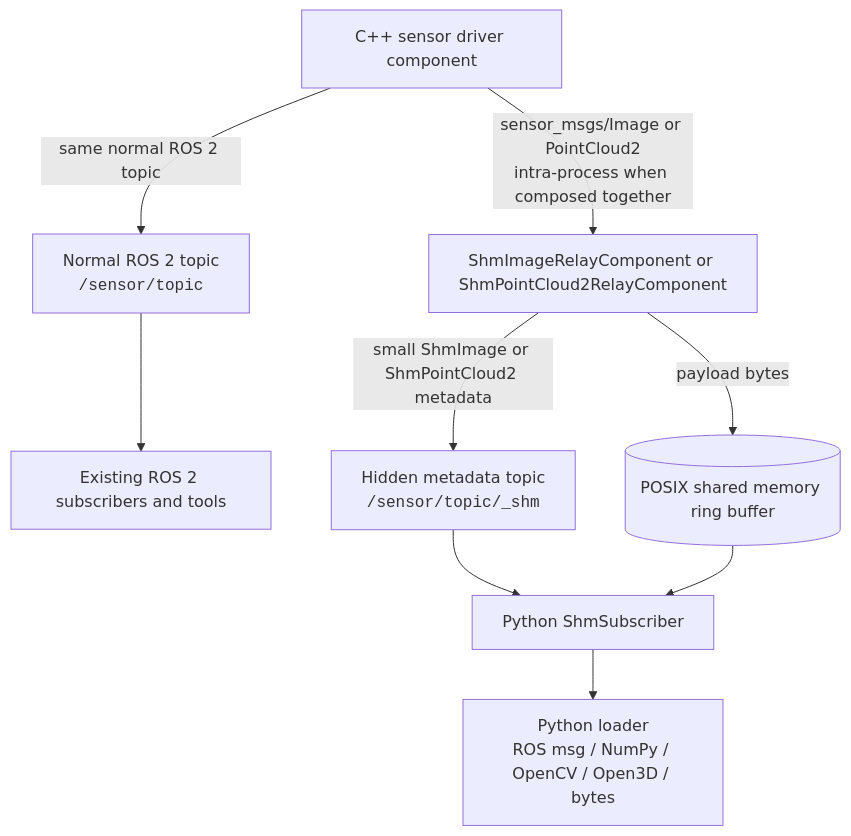
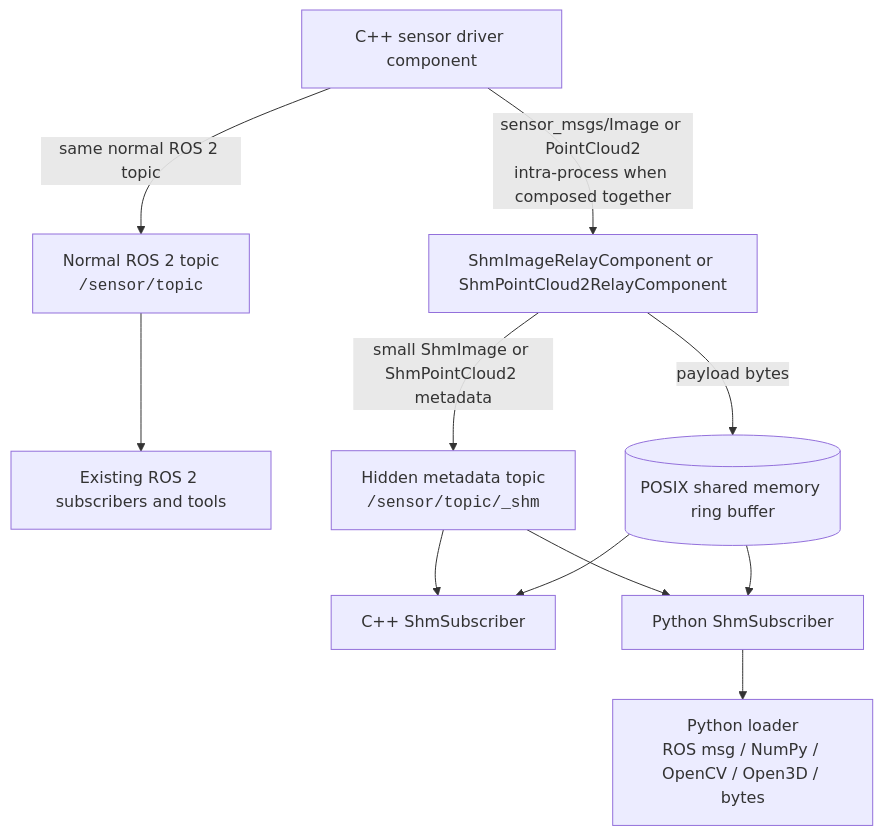
The diagram in README.md (Maik13579/ros2_shm_sensor_transport), drawn with Mermaid before and after one commit. The commit also changed other lines of this file, not shown here.

````diff
--- a/README.md
+++ b/README.md
@@ -47,20 +49,23 @@
 ```mermaid
 flowchart TD
     driver["C++ sensor driver component"]
     normal["Normal ROS 2 topic<br/><code>/sensor/topic</code>"]
     remote["Existing ROS 2 subscribers and tools"]
     relay["ShmImageRelayComponent or ShmPointCloud2RelayComponent"]
     shm[("POSIX shared memory ring buffer")]
     meta["Hidden metadata topic<br/><code>/sensor/topic/_shm</code>"]
+    cpp["C++ ShmSubscriber"]
     python["Python ShmSubscriber"]
     loader["Python loader<br/>ROS msg / NumPy / OpenCV / Open3D / bytes"]
 
     driver -- "same normal ROS 2 topic" --> normal
     normal --> remote
     driver -- "sensor_msgs/Image or PointCloud2<br/>intra-process when composed together" --> relay
     relay -- "payload bytes" --> shm
     relay -- "small ShmImage or ShmPointCloud2 metadata" --> meta
+    meta --> cpp
+    shm --> cpp
     meta --> python
     shm --> python
     python --> loader
 ```
````
